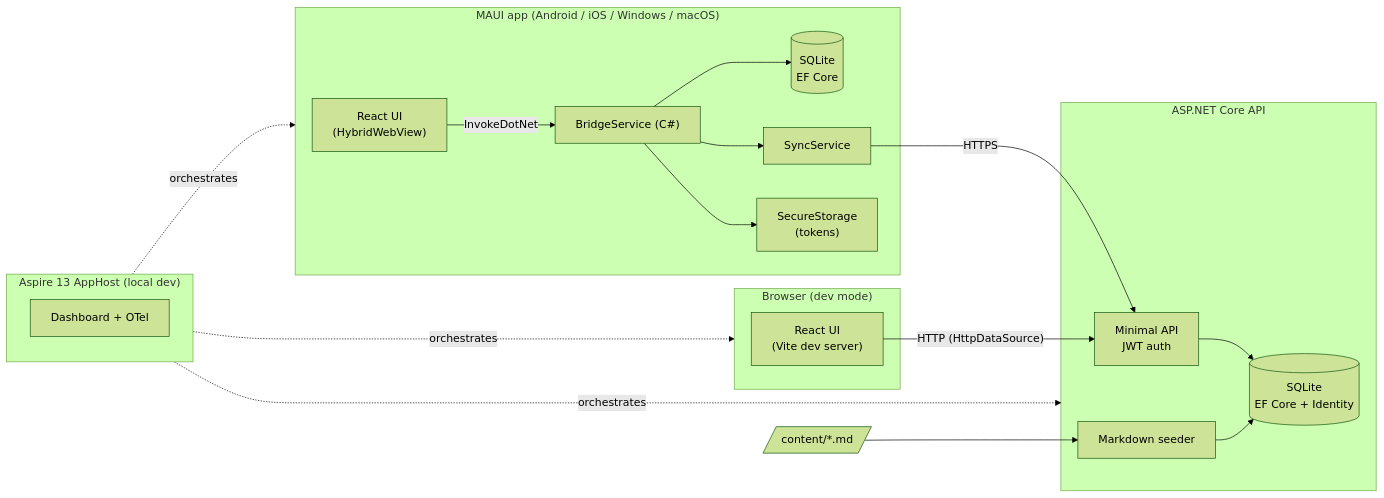
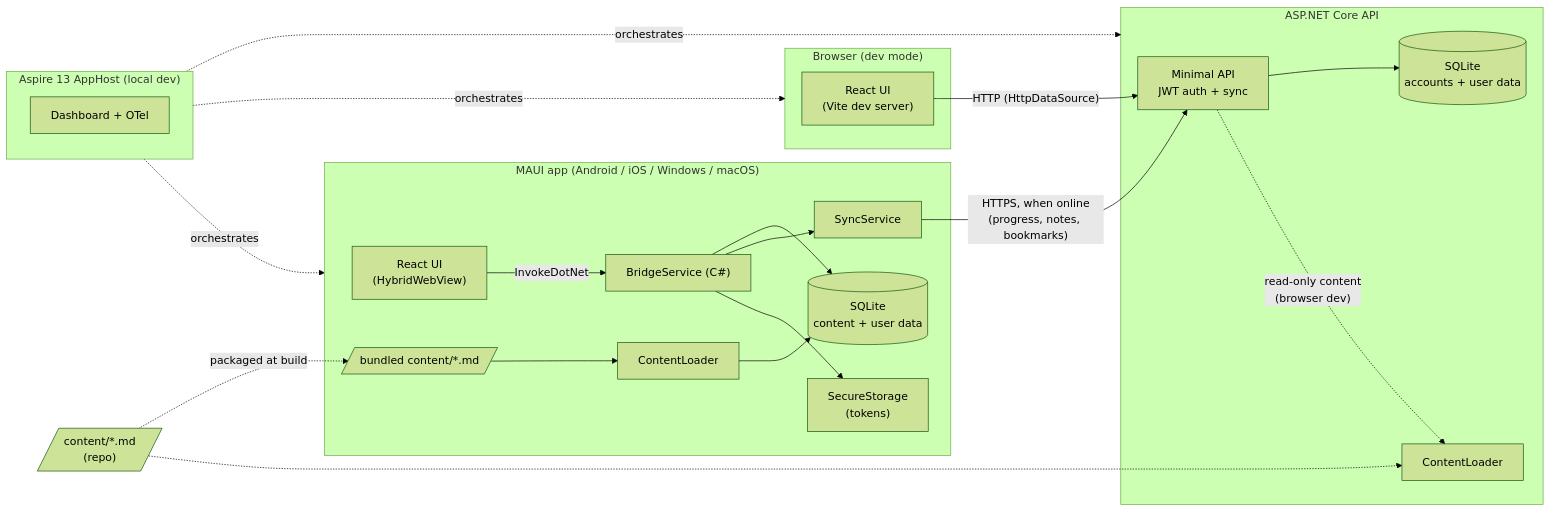
One commit to Akus0ni/LowLevelDesignGuide changed the first of 2 diagrams in docs/plan.md. Above: the diagram before and after it, drawn with Mermaid (forest theme). The commit also changed other lines of this file and 1 other file, not shown here.

First line of the commit message:
docs: bundle content in the app; API handles accounts and user-data sync

````diff
--- a/docs/plan.md
+++ b/docs/plan.md
@@ -8,30 +8,32 @@
 ```mermaid
 flowchart LR
     subgraph Device["MAUI app (Android / iOS / Windows / macOS)"]
         UI["React UI<br/>(HybridWebView)"] -- "InvokeDotNet" --> Bridge["BridgeService (C#)"]
-        Bridge --> LocalDb[("SQLite<br/>EF Core")]
+        Bridge --> LocalDb[("SQLite<br/>content + user data")]
+        Bundled[/"bundled content/*.md"/] --> LocalSeeder["ContentLoader"] --> LocalDb
         Bridge --> Sync["SyncService"]
         Bridge --> Secure["SecureStorage<br/>(tokens)"]
     end
 
     subgraph Browser["Browser (dev mode)"]
         WebUI["React UI<br/>(Vite dev server)"]
     end
 
     subgraph Server["ASP.NET Core API"]
-        Api["Minimal API<br/>JWT auth"] --> ServerDb[("SQLite<br/>EF Core + Identity")]
-        Seeder["Markdown seeder"] --> ServerDb
+        Api["Minimal API<br/>JWT auth + sync"] --> ServerDb[("SQLite<br/>accounts + user data")]
+        Api -. "read-only content<br/>(browser dev)" .-> DevContent["ContentLoader"]
     end
 
-    Content[/"content/*.md"/] --> Seeder
-    Sync -- "HTTPS" --> Api
+    Content[/"content/*.md<br/>(repo)"/] -. "packaged at build" .-> Bundled
+    Content -.-> DevContent
+    Sync -- "HTTPS, when online<br/>(progress, notes, bookmarks)" --> Api
     WebUI -- "HTTP (HttpDataSource)" --> Api
 
     subgraph Aspire["Aspire 13 AppHost (local dev)"]
         direction TB
         Dash["Dashboard + OTel"]
     end
     Aspire -.orchestrates.-> Server
     Aspire -.orchestrates.-> Browser
     Aspire -.orchestrates.-> Device
 ```
````
